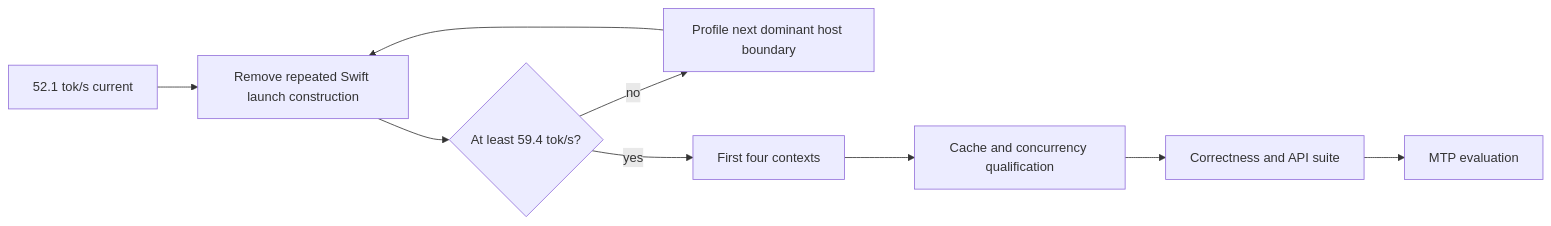
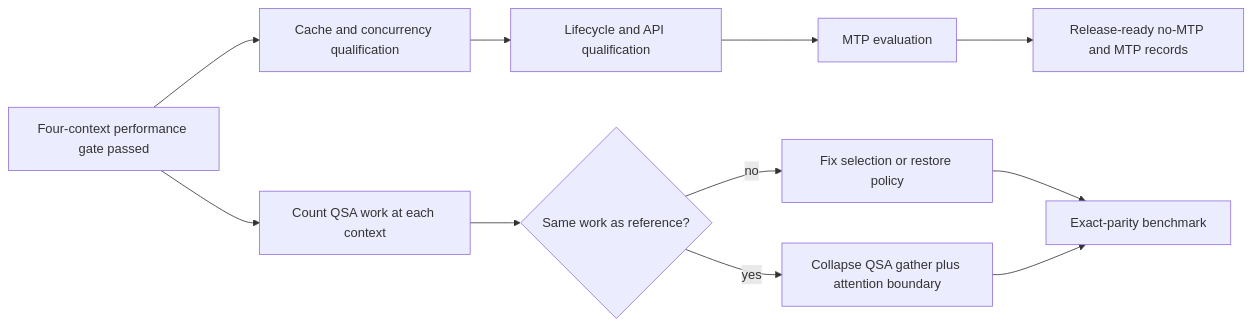
Before and after one commit to scouzi1966/AFMKit: the ninth of 9 diagrams in docs/QWEN38_FLASH_NEXT_PERFORMANCE.md, drawn with Mermaid. The commit also changed other lines of this file and 11 other files, not shown here.

Commit message:
Fix compiled Qwen lifecycle and concurrency

````diff
--- a/docs/QWEN38_FLASH_NEXT_PERFORMANCE.md
+++ b/docs/QWEN38_FLASH_NEXT_PERFORMANCE.md
@@ -504,11 +543,13 @@
 ```mermaid
 flowchart LR
-    A[52.1 tok/s current] --> B[Remove repeated Swift launch construction]
-    B --> C{At least 59.4 tok/s?}
-    C -- no --> D[Profile next dominant host boundary]
-    D --> B
-    C -- yes --> E[First four contexts]
-    E --> F[Cache and concurrency qualification]
-    F --> G[Correctness and API suite]
-    G --> H[MTP evaluation]
+    A[Four-context performance gate passed] --> B[Cache and concurrency qualification]
+    B --> C[Lifecycle and API qualification]
+    C --> D[MTP evaluation]
+    D --> E[Release-ready no-MTP and MTP records]
+    A --> F[Count QSA work at each context]
+    F --> G{Same work as reference?}
+    G -- no --> H[Fix selection or restore policy]
+    G -- yes --> I[Collapse QSA gather plus attention boundary]
+    H --> J[Exact-parity benchmark]
+    I --> J
 ```
````
